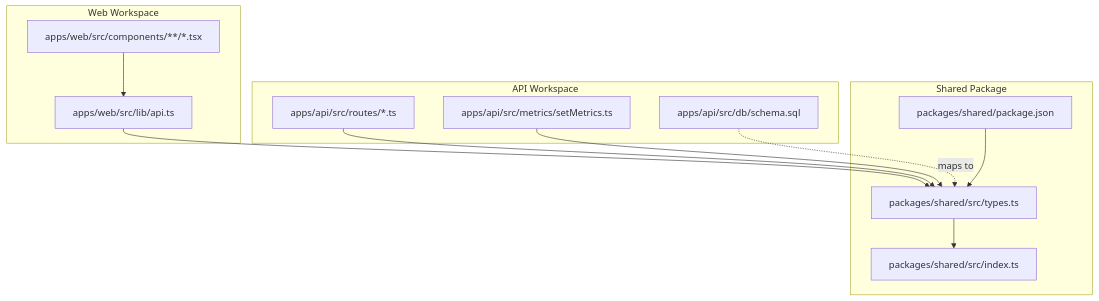
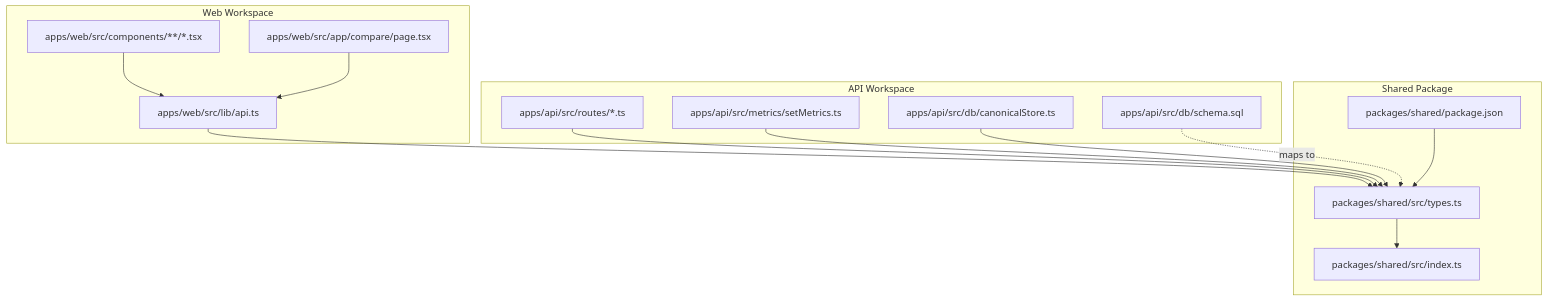
Before and after one commit to ZFakir/SDPTestOne2799656: the first of 14 diagrams in .qoder/repowiki/en/content/Data Models & Database Schema/Shared TypeScript Types.md, drawn with Mermaid. The commit also changed other lines of this file and 115 other files, not shown here.

````diff
--- a/.qoder/repowiki/en/content/Data Models & Database Schema/Shared TypeScript Types.md
+++ b/.qoder/repowiki/en/content/Data Models & Database Schema/Shared TypeScript Types.md
@@ -44,24 +55,28 @@
 ```mermaid
 graph TB
 subgraph "Shared Package"
 ST["packages/shared/src/types.ts"]
 SI["packages/shared/src/index.ts"]
 SP["packages/shared/package.json"]
 end
 subgraph "API Workspace"
 AR["apps/api/src/routes/*.ts"]
 SM["apps/api/src/metrics/setMetrics.ts"]
+CS["apps/api/src/db/canonicalStore.ts"]
 DS["apps/api/src/db/schema.sql"]
 end
 subgraph "Web Workspace"
 WA["apps/web/src/lib/api.ts"]
 WF["apps/web/src/components/**/*.tsx"]
+CP["apps/web/src/app/compare/page.tsx"]
 end
 ST --> SI
 SP --> ST
 AR --> ST
 SM --> ST
+CS --> ST
 WA --> ST
 WF --> WA
+CP --> WA
 DS -. maps to .-> ST
 ```
````
